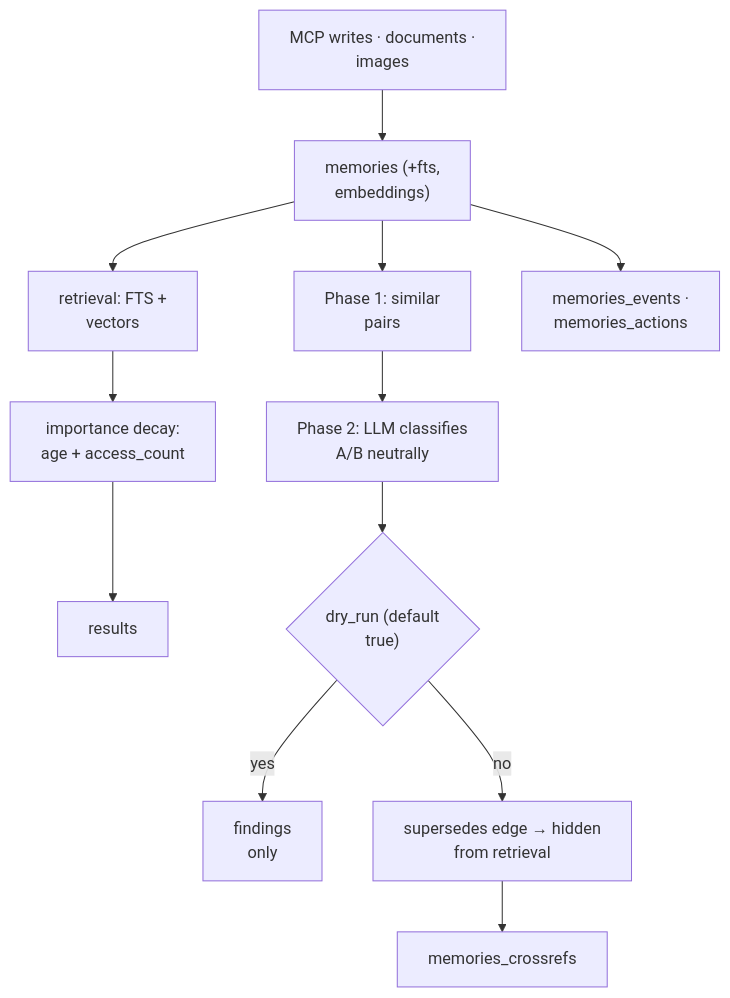
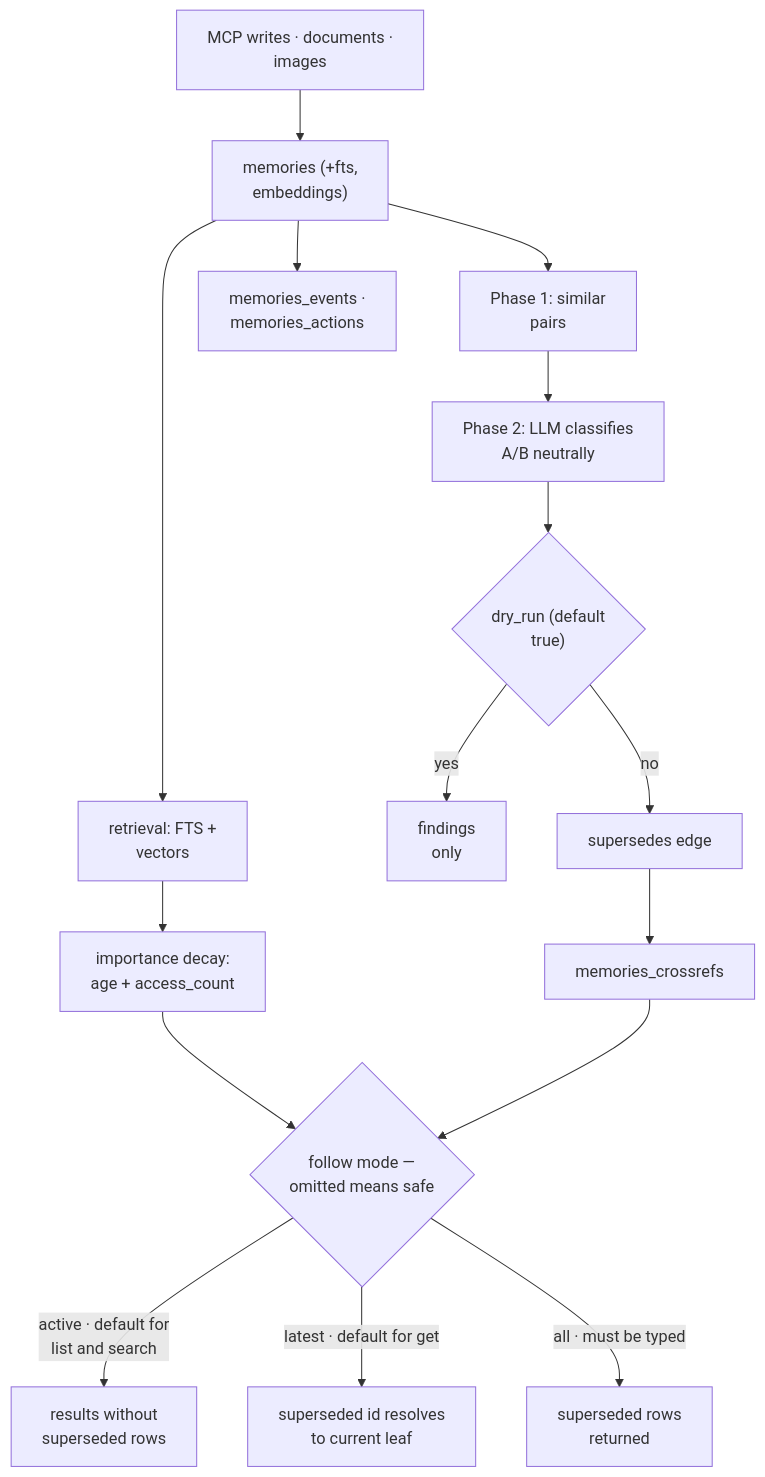
One commit to neoneye/agent-memory-atlas changed the diagram in content/systems/memora.md. Above: the diagram before and after it, drawn with Mermaid. The commit also changed other lines of this file and 27 other files, not shown here.

````diff
--- a/content/systems/memora.md
+++ b/content/systems/memora.md
@@ -104,14 +121,18 @@
 ```mermaid
 flowchart TD
   In["MCP writes · documents ·<br/>images"] --> Mem["memories (+fts,<br/>embeddings)"]
   Mem --> Rank["retrieval: FTS +<br/>vectors"]
   Rank --> Imp["importance decay:<br/>age + access_count"]
-  Imp --> Out["results"]
+  Imp --> Fol{"follow mode —<br/>omitted means safe"}
+  Fol -->|"active · default for<br/>list and search"| Out["results without<br/>superseded rows"]
+  Fol -->|"latest · default for get"| Leaf["superseded id resolves<br/>to current leaf"]
+  Fol -->|"all · must be typed"| Hist["superseded rows<br/>returned"]
   Mem --> P1["Phase 1: similar<br/>pairs"]
   P1 --> P2["Phase 2: LLM classifies<br/>A/B neutrally"]
   P2 --> Dry{"dry_run (default<br/>true)"}
   Dry -->|yes| Report["findings<br/>only"]
-  Dry -->|no| Edge["supersedes edge → hidden<br/>from retrieval"]
+  Dry -->|no| Edge["supersedes edge"]
   Edge --> Cross["memories_crossrefs"]
+  Cross --> Fol
   Mem --> Ev["memories_events ·<br/>memories_actions"]
 ```
````
